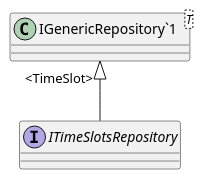
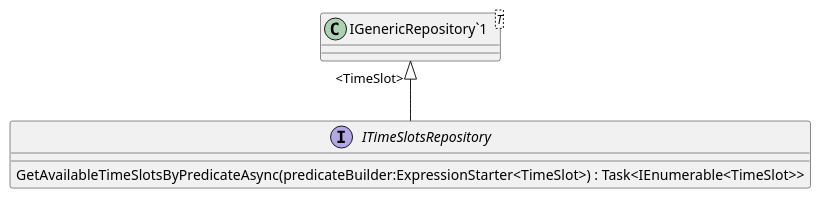
One commit to DenysMalanichev/HospitalRegistrar changed the diagram in UML/HospitalRegistrar.Application/Interfaces/Repositories/ITimeSlotsRepository.puml. Above: the diagram before and after it, drawn with PlantUML. The commit also changed 49 other files, not shown here.

```diff
--- a/UML/HospitalRegistrar.Application/Interfaces/Repositories/ITimeSlotsRepository.puml
+++ b/UML/HospitalRegistrar.Application/Interfaces/Repositories/ITimeSlotsRepository.puml
@@ -1,7 +1,8 @@
 @startuml
 interface ITimeSlotsRepository {
+    GetAvailableTimeSlotsByPredicateAsync(predicateBuilder:ExpressionStarter<TimeSlot>) : Task<IEnumerable<TimeSlot>>
 }
 class "IGenericRepository`1"<T> {
 }
 "IGenericRepository`1" "<TimeSlot>" <|-- ITimeSlotsRepository
 @enduml
```
